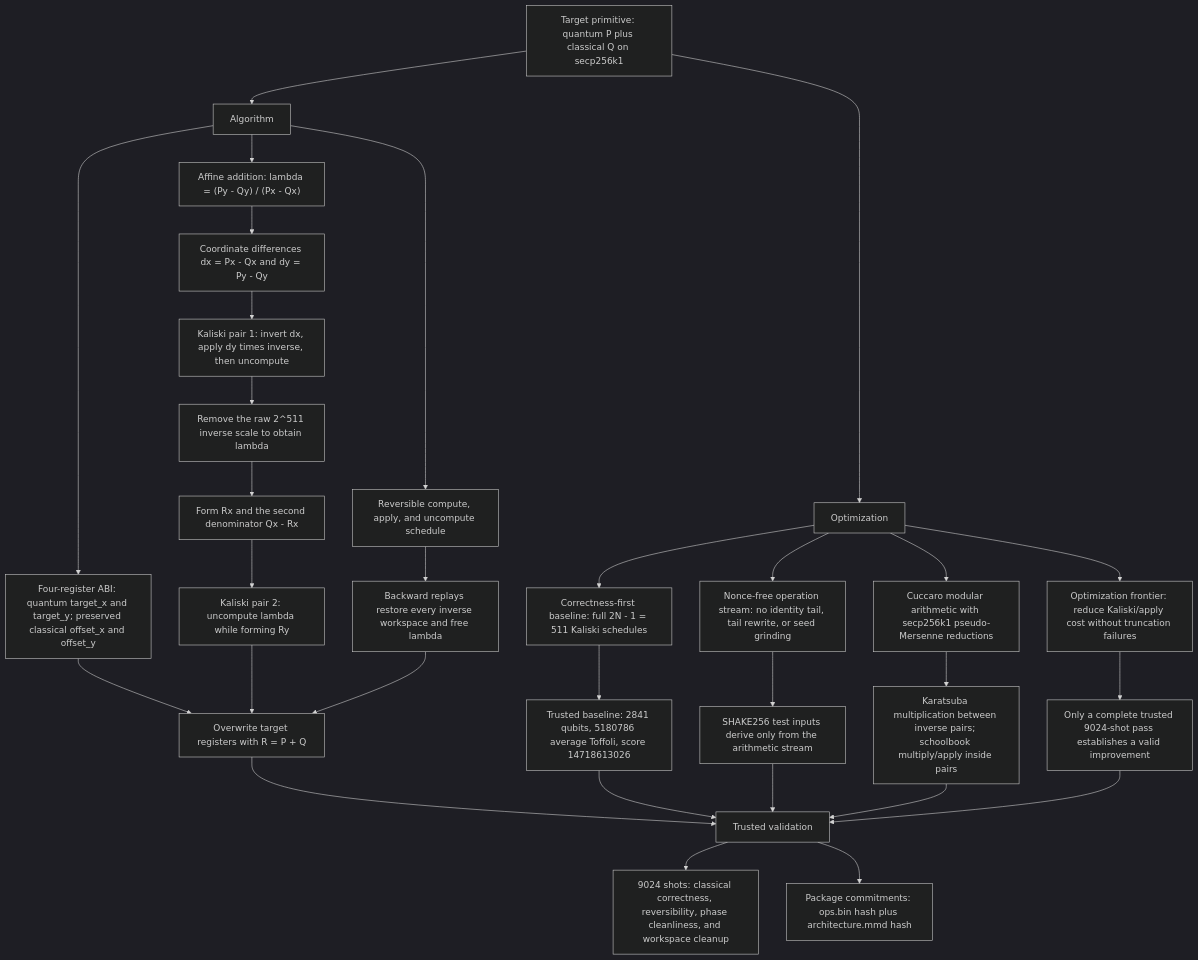
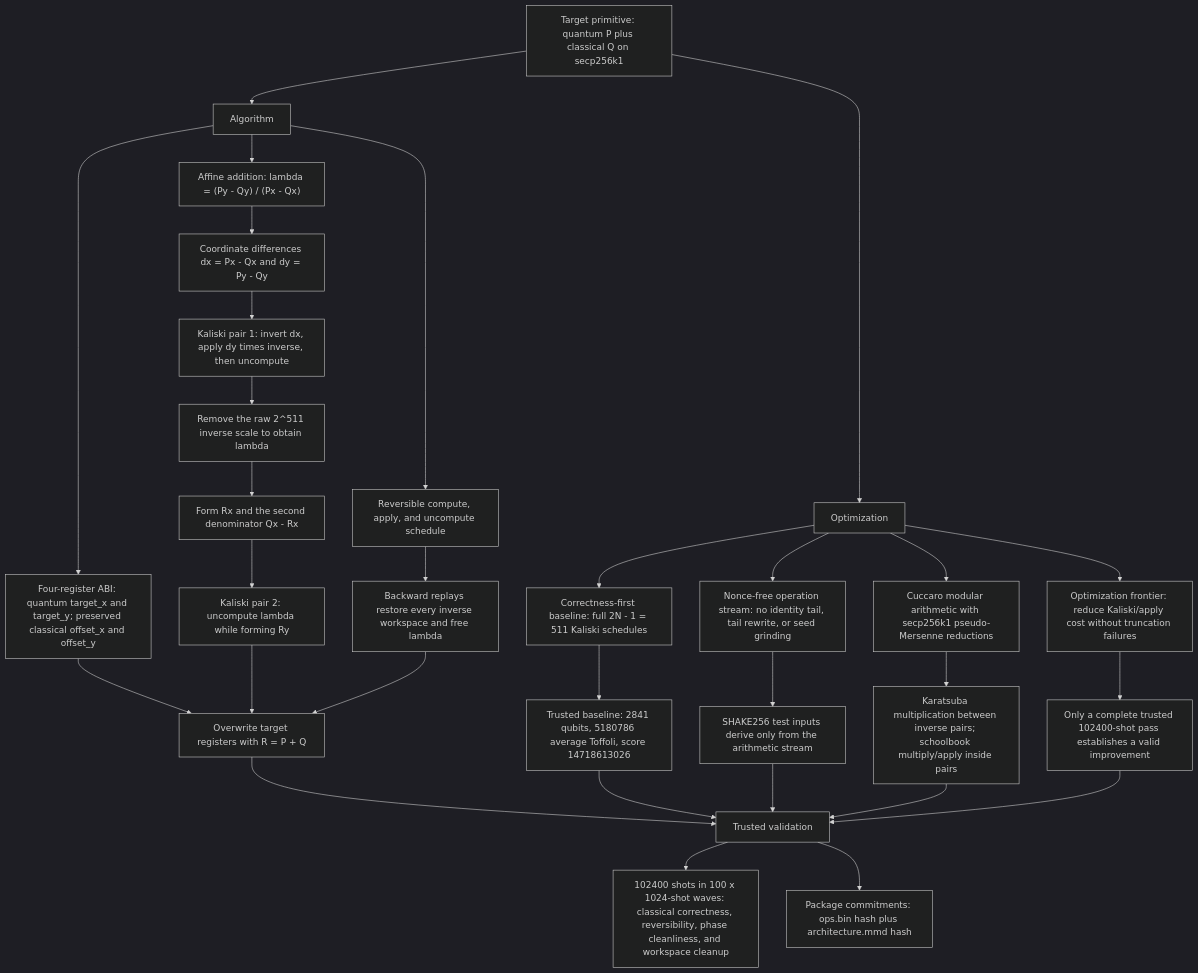
The diagram in src/point_add/architecture.mmd (ecdlp-contest/ecdlp-point-add), drawn with Mermaid (dark theme) before and after one commit. The commit also changed 8 other files, not shown here.

Commit message:
Increase point-add validation to 102400 shots

```diff
--- a/src/point_add/architecture.mmd
+++ b/src/point_add/architecture.mmd
@@ -1,39 +1,39 @@
 flowchart TD
   Target["Target primitive: quantum P plus classical Q on secp256k1"]
   Algorithm["Algorithm"]
   Optimization["Optimization"]
 
   Target --> Algorithm
   Target --> Optimization
 
   Algorithm --> Contract["Four-register ABI: quantum target_x and target_y; preserved classical offset_x and offset_y"]
   Algorithm --> Affine["Affine addition: lambda = (Py - Qy) / (Px - Qx)"]
   Algorithm --> Reversible["Reversible compute, apply, and uncompute schedule"]
 
   Contract --> Result["Overwrite target registers with R = P + Q"]
   Affine --> Differences["Coordinate differences dx = Px - Qx and dy = Py - Qy"]
   Differences --> Pair1["Kaliski pair 1: invert dx, apply dy times inverse, then uncompute"]
   Pair1 --> Lambda["Remove the raw 2^511 inverse scale to obtain lambda"]
   Lambda --> XCoordinate["Form Rx and the second denominator Qx - Rx"]
   XCoordinate --> Pair2["Kaliski pair 2: uncompute lambda while forming Ry"]
   Pair2 --> Result
   Reversible --> Cleanup["Backward replays restore every inverse workspace and free lambda"]
   Cleanup --> Result
 
   Optimization --> Baseline["Correctness-first baseline: full 2N - 1 = 511 Kaliski schedules"]
   Optimization --> NonceFree["Nonce-free operation stream: no identity tail, tail rewrite, or seed grinding"]
   Optimization --> Arithmetic["Cuccaro modular arithmetic with secp256k1 pseudo-Mersenne reductions"]
   Optimization --> Frontier["Optimization frontier: reduce Kaliski/apply cost without truncation failures"]
 
   Baseline --> Metrics["Trusted baseline: 2841 qubits, 5180786 average Toffoli, score 14718613026"]
   NonceFree --> FiatShamir["SHAKE256 test inputs derive only from the arithmetic stream"]
   Arithmetic --> Karatsuba["Karatsuba multiplication between inverse pairs; schoolbook multiply/apply inside pairs"]
-  Frontier --> Evidence["Only a complete trusted 9024-shot pass establishes a valid improvement"]
+  Frontier --> Evidence["Only a complete trusted 102400-shot pass establishes a valid improvement"]
 
   Result --> Validation["Trusted validation"]
   Metrics --> Validation
   FiatShamir --> Validation
   Karatsuba --> Validation
   Evidence --> Validation
-  Validation --> Checks["9024 shots: classical correctness, reversibility, phase cleanliness, and workspace cleanup"]
+  Validation --> Checks["102400 shots in 100 x 1024-shot waves: classical correctness, reversibility, phase cleanliness, and workspace cleanup"]
   Validation --> Commitments["Package commitments: ops.bin hash plus architecture.mmd hash"]
```
